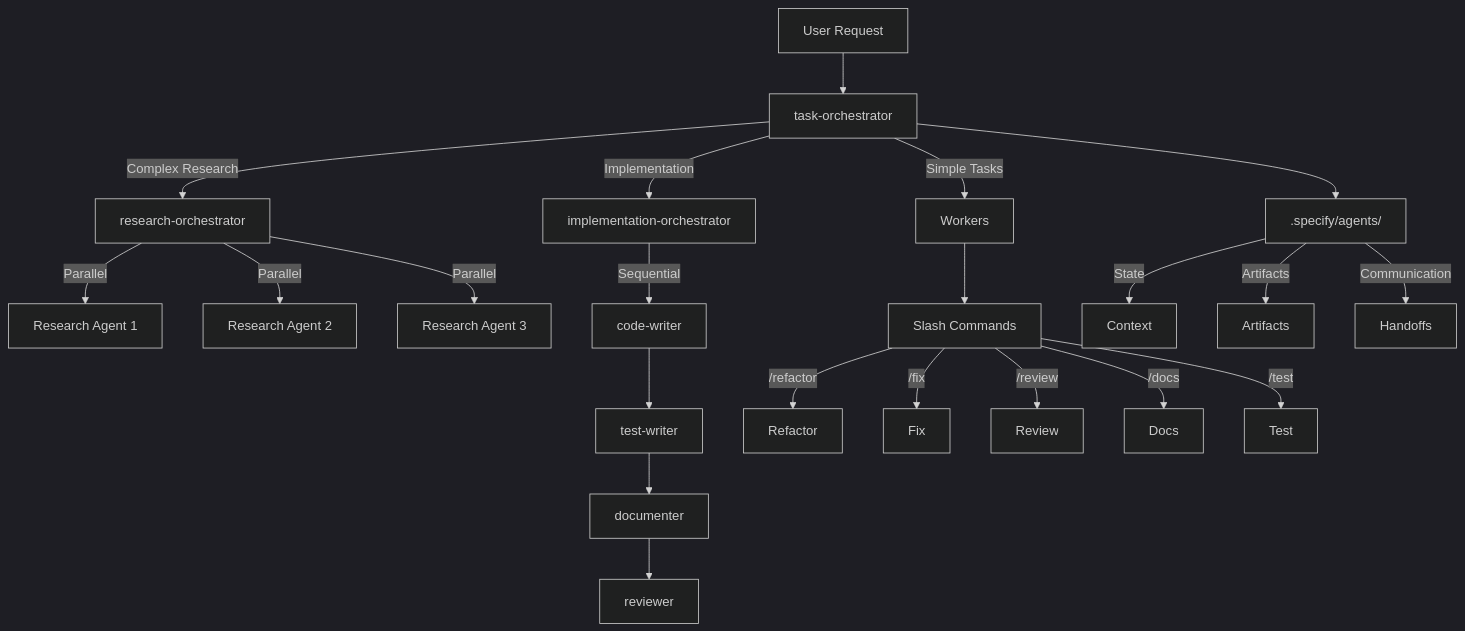
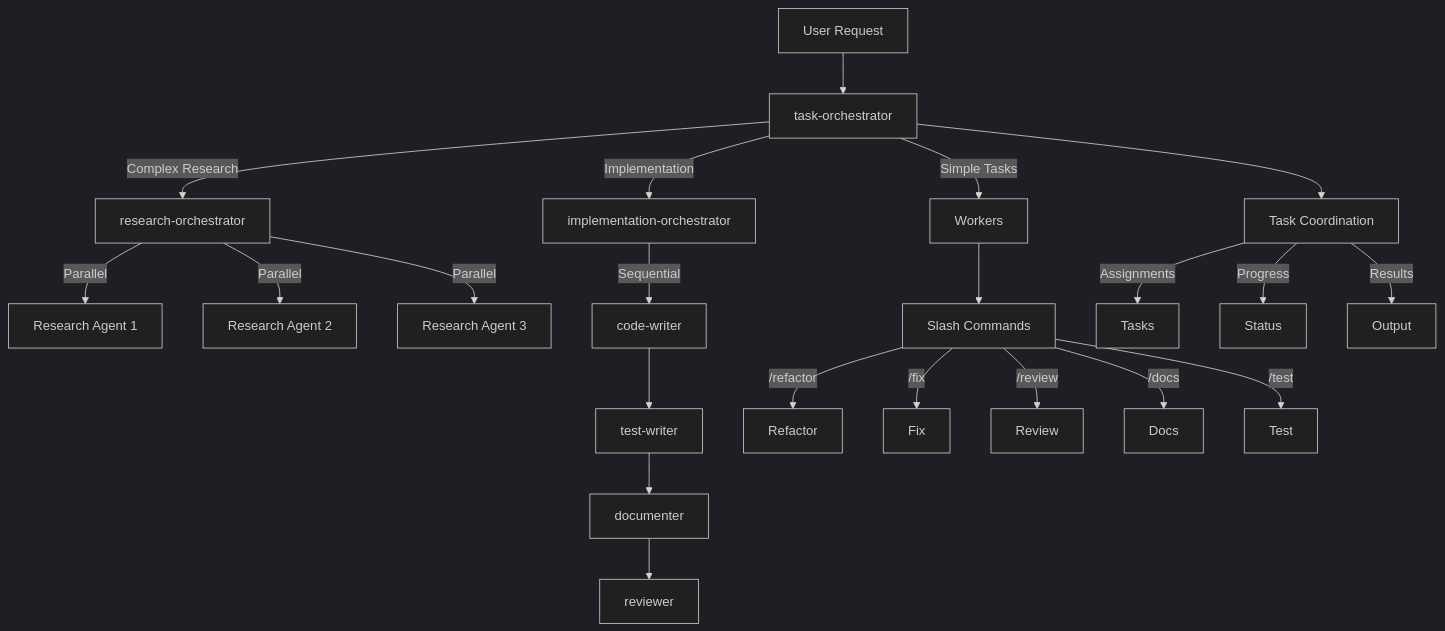
One commit to thomasholknielsen/claude-code-config changed the first of 3 diagrams in docs/agent-orchestra-framework.md. Above: the diagram before and after it, drawn with Mermaid (dark theme). The commit also changed other lines of this file and 7 other files, not shown here.

````diff
--- a/docs/agent-orchestra-framework.md
+++ b/docs/agent-orchestra-framework.md
@@ -9,29 +11,29 @@
 ```mermaid
 graph TD
     User[User Request] --> TO[task-orchestrator]
 
     TO --> |Complex Research| RO[research-orchestrator]
     TO --> |Implementation| IO[implementation-orchestrator]
     TO --> |Simple Tasks| Workers
 
     RO --> |Parallel| RA1[Research Agent 1]
     RO --> |Parallel| RA2[Research Agent 2]
     RO --> |Parallel| RA3[Research Agent 3]
 
     IO --> |Sequential| CW[code-writer]
     CW --> TW[test-writer]
     TW --> DOC[documenter]
     DOC --> REV[reviewer]
 
     Workers --> SC[Slash Commands]
     SC --> |/refactor| Refactor
     SC --> |/fix| Fix
     SC --> |/review| Review
     SC --> |/docs| Docs
     SC --> |/test| Test
 
-    TO --> Memory[.specify/agents/]
-    Memory --> |State| Context
-    Memory --> |Artifacts| Artifacts
-    Memory --> |Communication| Handoffs
+    TO --> Coordination[Task Coordination]
+    Coordination --> |Assignments| Tasks
+    Coordination --> |Progress| Status
+    Coordination --> |Results| Output
 ```
````
